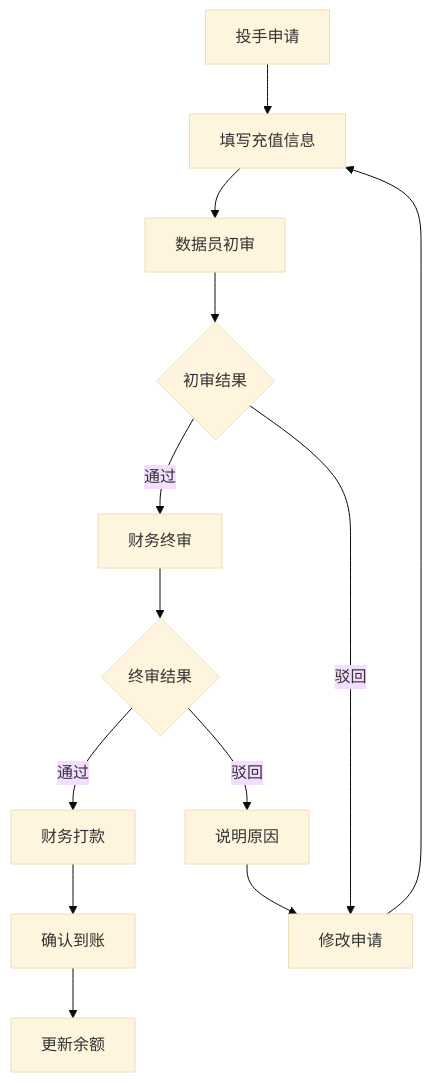
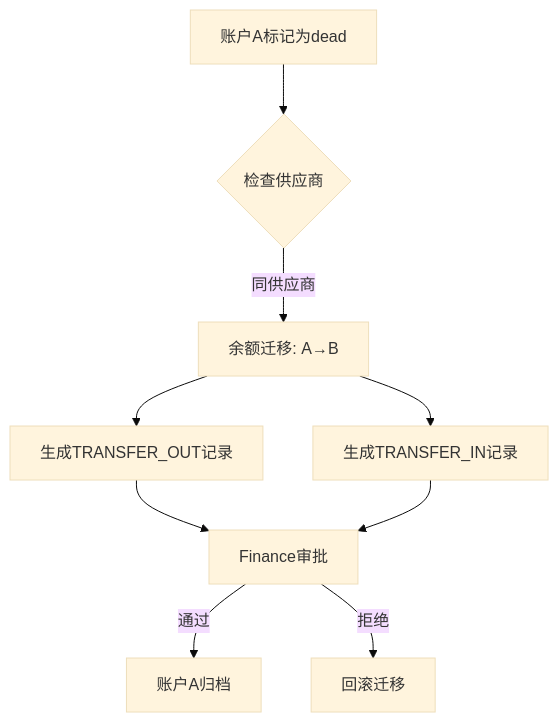
Before and after one commit to wade56754/AI_ad_spend02: the third of 5 diagrams in docs/core/SYSTEM_OVERVIEW.md, drawn with Mermaid (base theme). The commit also changed other lines of this file and 210 other files, not shown here.

````diff
--- a/docs/core/SYSTEM_OVERVIEW.md
+++ b/docs/core/SYSTEM_OVERVIEW.md
@@ -135,15 +647,11 @@
 ```mermaid
-graph TD
-    A[投手申请] --> B[填写充值信息]
-    B --> C[数据员初审]
-    C --> D{初审结果}
-    D -->|通过| E[财务终审]
-    D -->|驳回| F[修改申请]
-    F --> B
-    E --> G{终审结果}
-    G -->|通过| H[财务打款]
-    G -->|驳回| I[说明原因]
-    I --> F
-    H --> J[确认到账]
-    J --> K[更新余额]
+flowchart TD
+    A[账户A标记为dead] --> B{检查供应商}
+    B -->|同供应商| C[余额迁移: A→B]
+    C --> D[生成TRANSFER_OUT记录]
+    C --> E[生成TRANSFER_IN记录]
+    D --> F[Finance审批]
+    E --> F
+    F -->|通过| G[账户A归档]
+    F -->|拒绝| H[回滚迁移]
 ```
````
